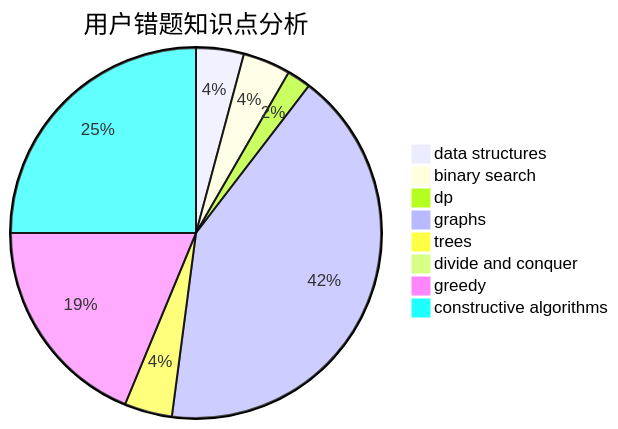
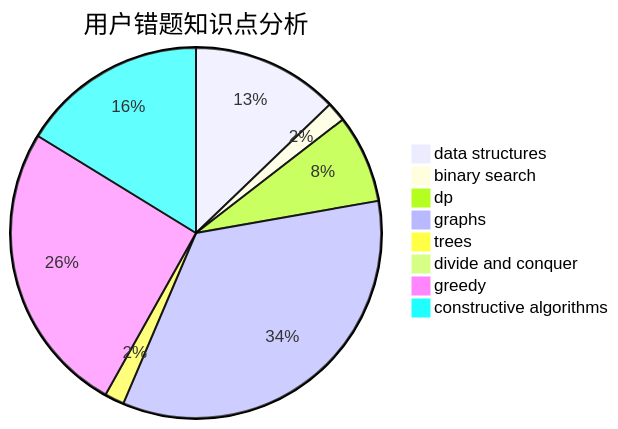
Before and after one commit to sherpahu/cfrs.github.io: the third of 3 diagrams in docs/user/u227.md, drawn with Mermaid. The commit also changed other lines of this file and 2770 other files, not shown here.

````diff
--- a/docs/user/u227.md
+++ b/docs/user/u227.md
@@ -36,11 +36,11 @@
 ```mermaid
 pie title 用户错题知识点分析
-    "data structures" :  2
+    "data structures" :  15
     "binary search" :  2
-    "dp" :  1
-    "graphs" :  20
+    "dp" :  9
+    "graphs" :  40
     "trees" :  2
     "divide and conquer" :  0
-    "greedy" :  9
-    "constructive algorithms" :  12
+    "greedy" :  30
+    "constructive algorithms" :  19
 ```
````
